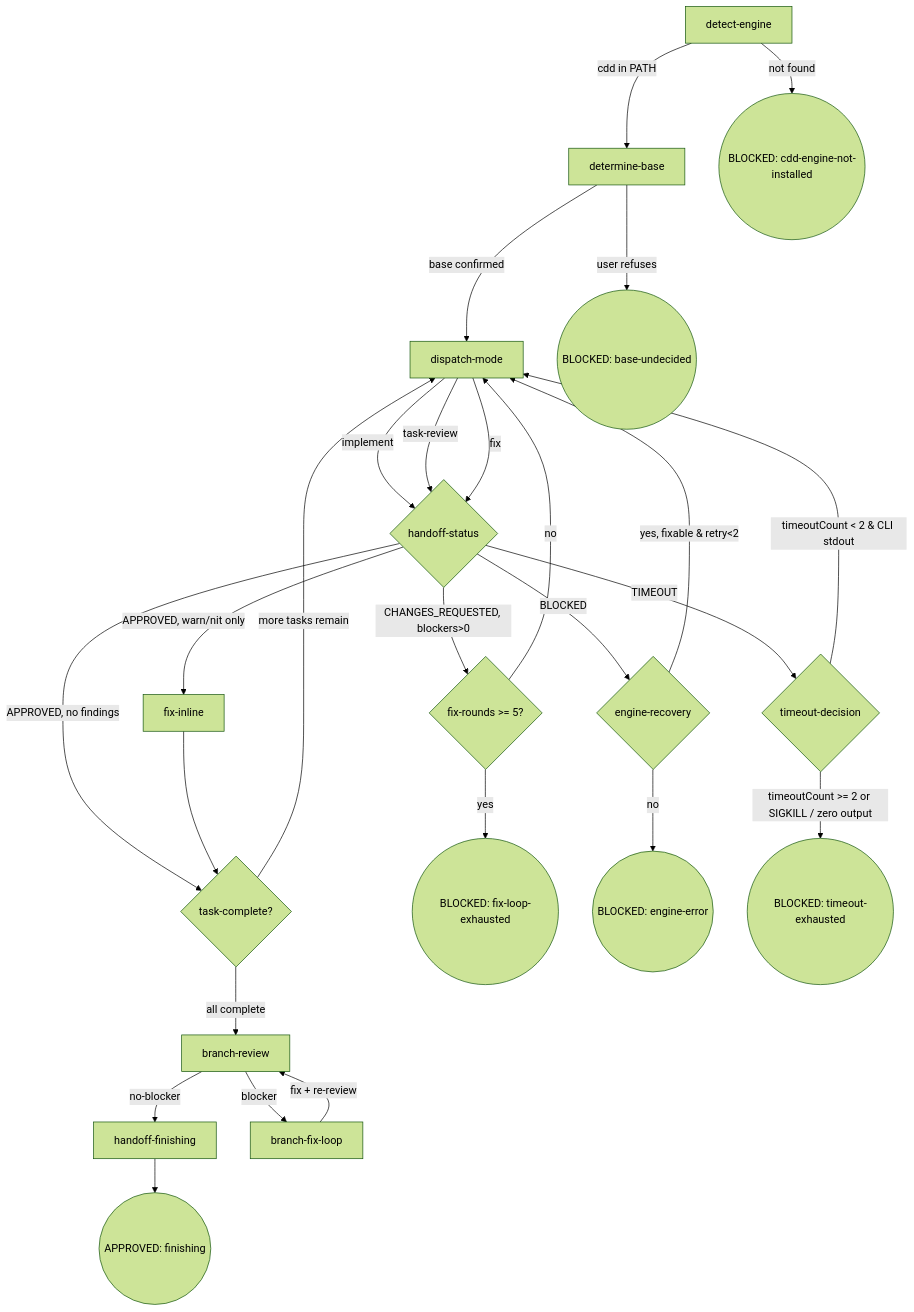
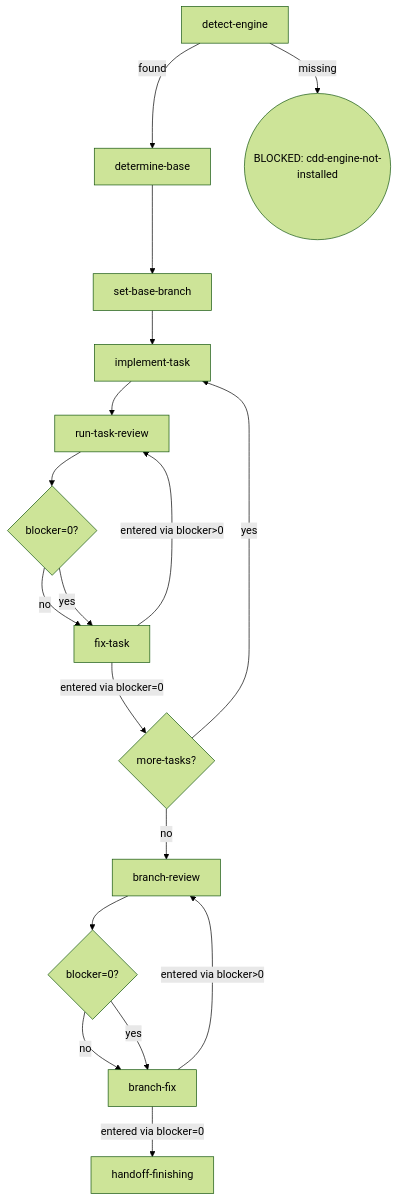
The diagram in packages/osuperpowers/.agents/skills/osuperpowers/cli-driven-development/SKILL.md (Oscaner/skills), drawn with Mermaid (forest theme) before and after one commit. The commit also changed other lines of this file and 5 other files, not shown here.

````diff
--- a/packages/osuperpowers/.agents/skills/osuperpowers/cli-driven-development/SKILL.md
+++ b/packages/osuperpowers/.agents/skills/osuperpowers/cli-driven-development/SKILL.md
@@ -12,28 +12,20 @@
 ```mermaid
 flowchart TD
-  A[detect-engine] -->|cdd in PATH| C[determine-base]
-  A -->|not found| Z0((BLOCKED: cdd-engine-not-installed))
-  C -->|base confirmed| D[dispatch-mode]
-  C -->|user refuses| Z2((BLOCKED: base-undecided))
-  D -->|implement| E{handoff-status}
-  D -->|task-review| E
-  D -->|fix| E
-  E -->|APPROVED, no findings| F{task-complete?}
-  E -->|APPROVED, warn/nit only| FIX_INLINE[fix-inline]
-  FIX_INLINE --> F
-  E -->|CHANGES_REQUESTED, blockers>0| G{fix-rounds >= 5?}
-  E -->|BLOCKED| R{engine-recovery}
-  E -->|TIMEOUT| T{timeout-decision}
-  F -->|more tasks remain| D
-  F -->|all complete| K[branch-review]
-  G -->|no| D
-  G -->|yes| Z4((BLOCKED: fix-loop-exhausted))
-  R -->|yes, fixable & retry<2| D
-  R -->|no| Z3((BLOCKED: engine-error))
-  T -->|timeoutCount < 2 & CLI stdout| D
-  T -->|timeoutCount >= 2 or SIGKILL / zero output| Z6((BLOCKED: timeout-exhausted))
-  K -->|no-blocker| L[handoff-finishing]
-  K -->|blocker| J[branch-fix-loop]
-  J -->|fix + re-review| K
-  L --> M((APPROVED: finishing))
+  A[detect-engine] -->|found| B[determine-base]
+  A -->|missing| Z0((BLOCKED: cdd-engine-not-installed))
+  B --> C[set-base-branch]
+  C --> D[implement-task]
+  D --> E[run-task-review]
+  E --> F{blocker=0?}
+  F -->|no| G[fix-task]
+  F -->|yes| G
+  G -->|entered via blocker>0| E
+  G -->|entered via blocker=0| H{more-tasks?}
+  H -->|yes| D
+  H -->|no| I[branch-review]
+  I --> J{blocker=0?}
+  J -->|no| K[branch-fix]
+  J -->|yes| K
+  K -->|entered via blocker>0| I
+  K -->|entered via blocker=0| L[handoff-finishing]
 ```
````
